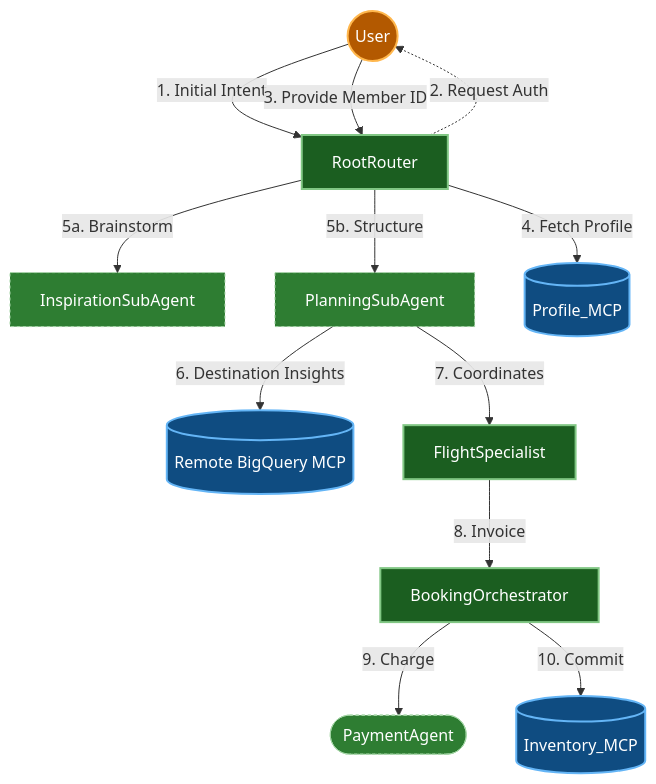
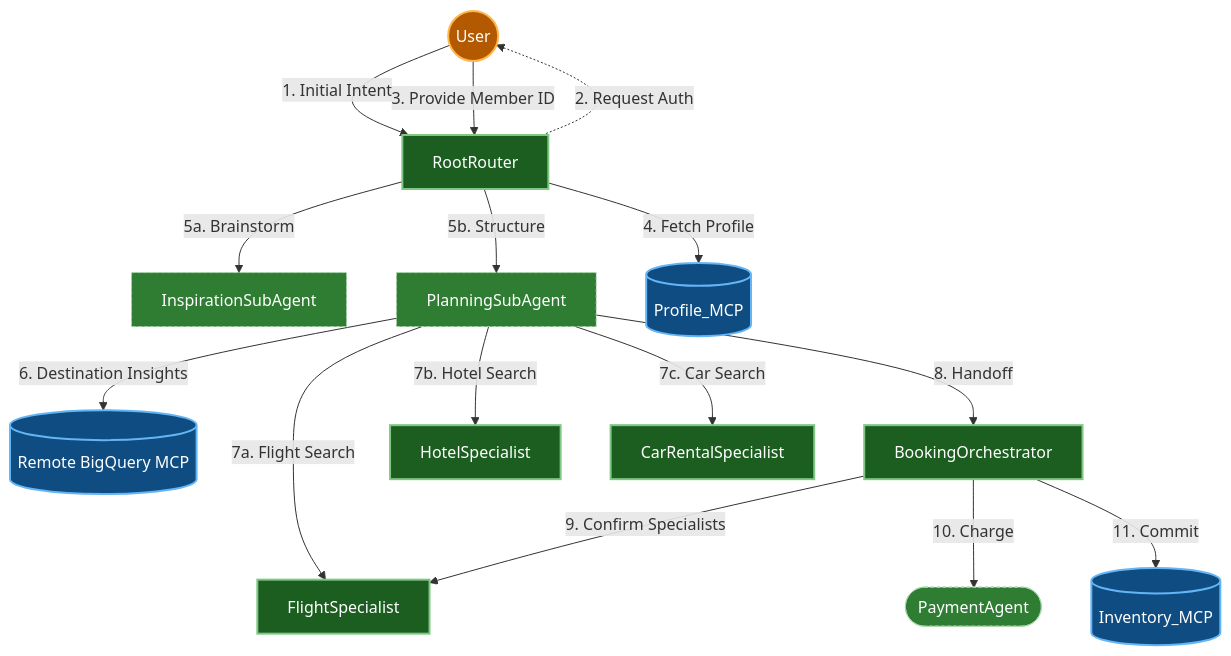
One commit to srtux/agent-testbed changed the second of 3 diagrams in README.md. Above: the diagram before and after it, drawn with Mermaid. The commit also changed other lines of this file and 18 other files, not shown here.

First line of the commit message:
Refactor to v2 hub-and-spoke: remove chain-delegation, fix BigQuery MCP, add confirmation callbacks

````diff
--- a/README.md
+++ b/README.md
@@ -104,38 +103,41 @@
 ```mermaid
 flowchart TD
     %% Define Classes
     classDef agent fill:#1b5e20,stroke:#81c784,stroke-width:2px,color:#ffffff;
     classDef mcp fill:#0f4c81,stroke:#64b5f6,stroke-width:2px,color:#ffffff;
     classDef user fill:#b35900,stroke:#ffb74d,stroke-width:2px,color:#ffffff;
     classDef subagent fill:#2e7d32,stroke:#a5d6a7,stroke-width:1px,color:#ffffff,stroke-dasharray: 3 3;
 
     User((User)):::user
     Root[RootRouter]:::agent
     Insp[InspirationSubAgent]:::subagent
     Plan[PlanningSubAgent]:::subagent
     Profile[(Profile_MCP)]:::mcp
     Remote[(Remote BigQuery MCP)]:::mcp
     Flight[FlightSpecialist]:::agent
     Orchestrator[BookingOrchestrator]:::agent
     Payment([PaymentAgent]):::subagent
     Inv[(Inventory_MCP)]:::mcp
 
     %% 2-Step Auth Flow
     User -- "1. Initial Intent" --> Root
     Root -. "2. Request Auth" .-> User
     User -- "3. Provide Member ID" --> Root
 
     %% Inner Routing
     Root -- "4. Fetch Profile" --> Profile
     Root -- "5a. Brainstorm" --> Insp
     Root -- "5b. Structure" --> Plan
 
-    %% Planning & Specialist triggers
+    %% Planning & Specialist triggers (v2 hub-and-spoke)
     Plan -- "6. Destination Insights" --> Remote
-    Plan -- "7. Coordinates" --> Flight
+    Plan -- "7a. Flight Search" --> Flight
+    Plan -- "7b. Hotel Search" --> Hotel[HotelSpecialist]:::agent
+    Plan -- "7c. Car Search" --> Car[CarRentalSpecialist]:::agent
 
     %% Downstream
-    Flight -- "8. Invoice" --> Orchestrator
-    Orchestrator -- "9. Charge" --> Payment
-    Orchestrator -- "10. Commit" --> Inv
+    Plan -- "8. Handoff" --> Orchestrator
+    Orchestrator -- "9. Confirm Specialists" --> Flight
+    Orchestrator -- "10. Charge" --> Payment
+    Orchestrator -- "11. Commit" --> Inv
 ```
````
